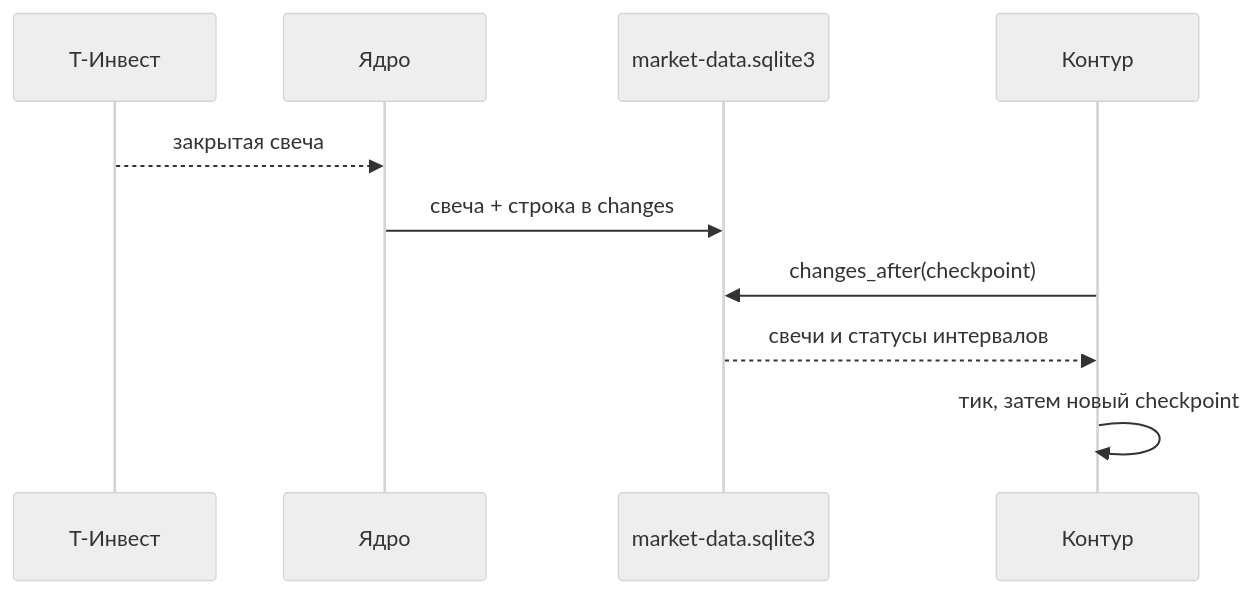
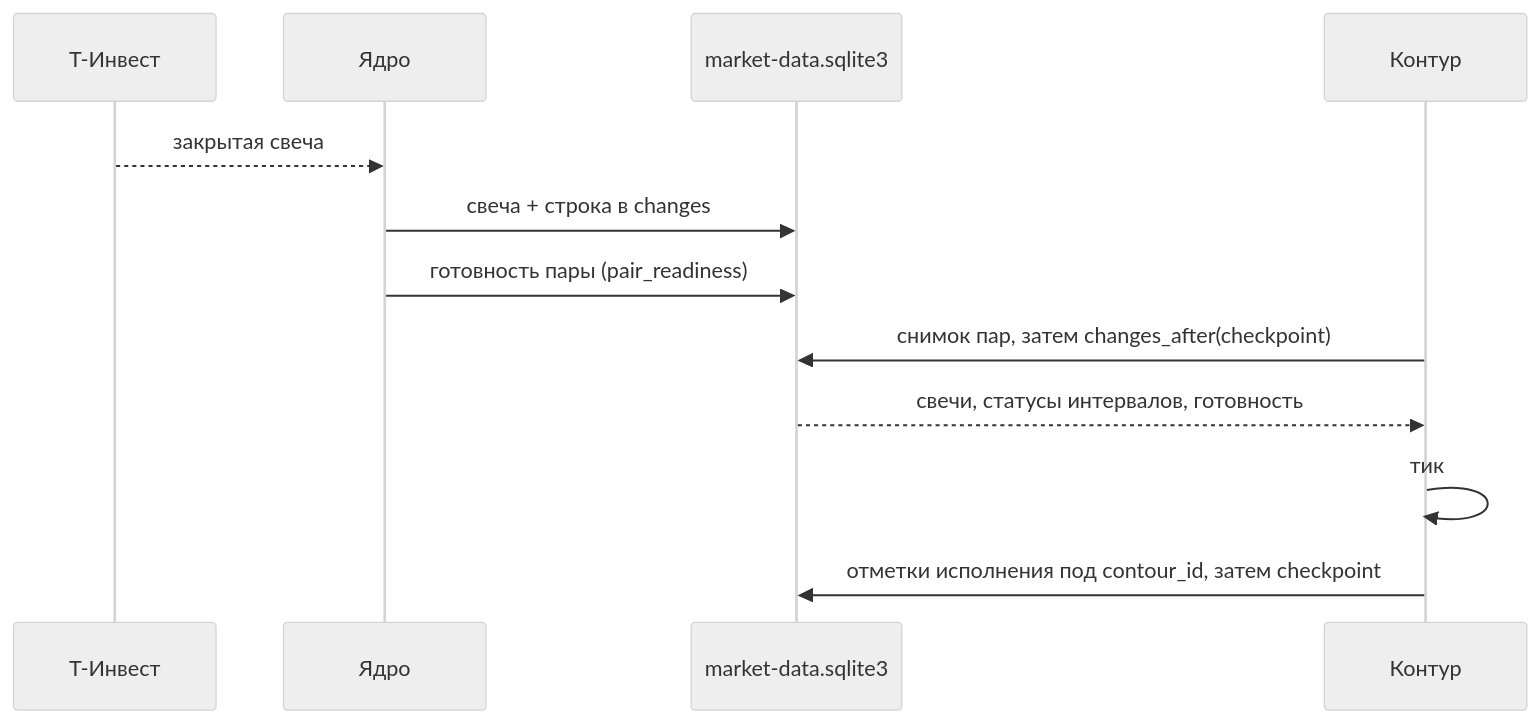
One commit to vladilenao/My_roBot changed the fifth of 6 diagrams in docs/architecture/core-contours.md. Above: the diagram before and after it, drawn with Mermaid (neutral theme). The commit also changed other lines of this file and 40 other files, not shown here.

First line of the commit message:
Контур эмуляции читает свечи из ленты ядра (add-contour-market-feed)

````diff
--- a/docs/architecture/core-contours.md
+++ b/docs/architecture/core-contours.md
@@ -202,12 +202,14 @@
 ```mermaid
 sequenceDiagram
     participant T as Т-Инвест
     participant C as Ядро
     participant M as market-data.sqlite3
     participant N as Контур
     T-->>C: закрытая свеча
     C->>M: свеча + строка в changes
-    N->>M: changes_after(checkpoint)
-    M-->>N: свечи и статусы интервалов
-    N->>N: тик, затем новый checkpoint
+    C->>M: готовность пары (pair_readiness)
+    N->>M: снимок пар, затем changes_after(checkpoint)
+    M-->>N: свечи, статусы интервалов, готовность
+    N->>N: тик
+    N->>M: отметки исполнения под contour_id, затем checkpoint
 ```
````
